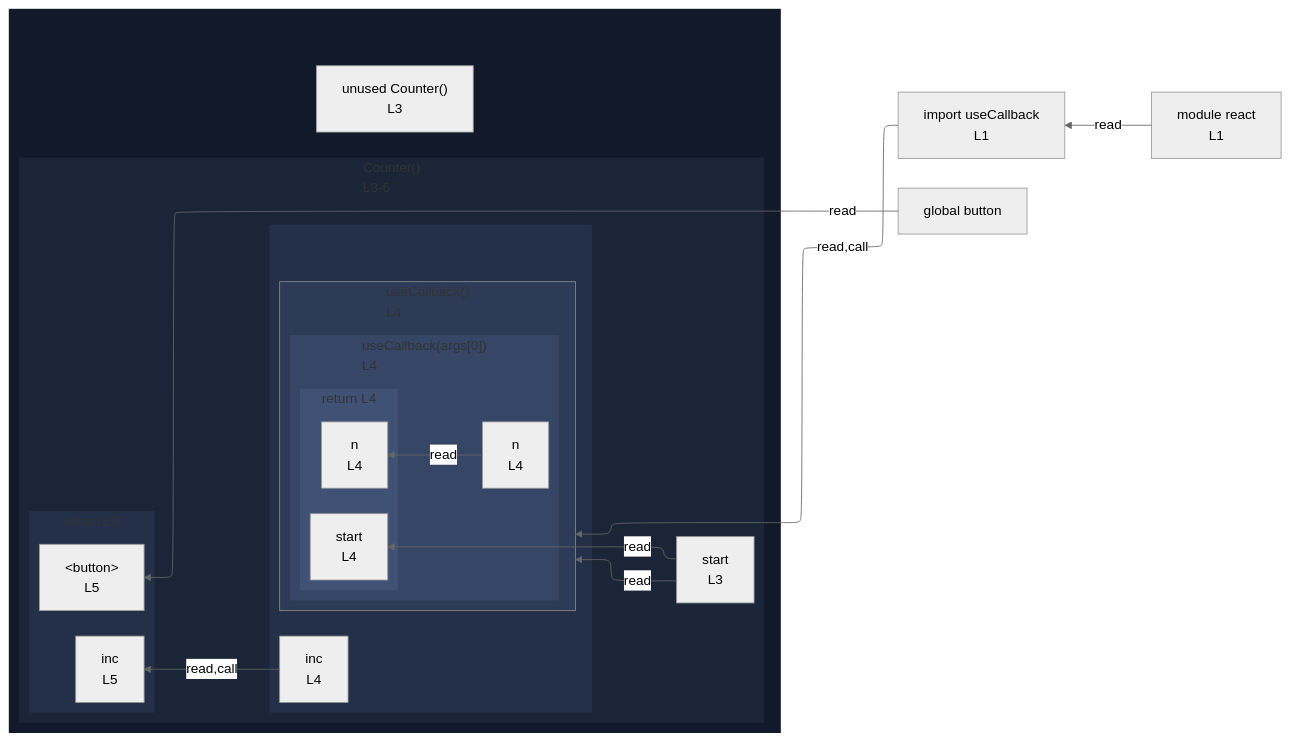
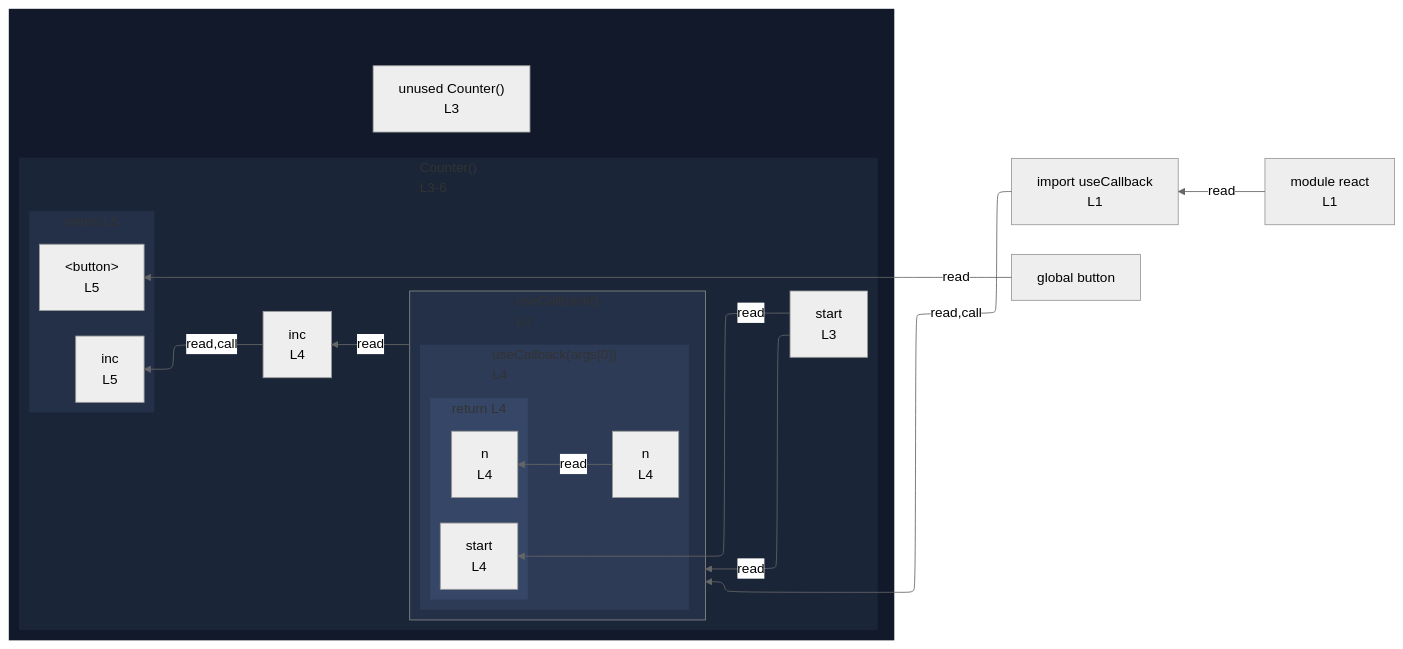
The diagram in integration/fixtures/app-behavior/plugin/react/use-callback/preview.md (crescware/unsnarl), drawn with Mermaid (neutral theme) before and after one commit. The commit also changed 105 other files, not shown here.

````diff
--- a/integration/fixtures/app-behavior/plugin/react/use-callback/preview.md
+++ b/integration/fixtures/app-behavior/plugin/react/use-callback/preview.md
@@ -16,58 +16,54 @@
 ```mermaid
 %%{init: {"flowchart": {"defaultRenderer": "elk"}}}%%
 flowchart RL
   n_scope_0_useCallback_9["import useCallback<br/>L1"]
   n_scope_0_button_162["global button"]
   subgraph wrap_s_scope_1[" "]
     direction TB
     n_scope_0_Counter_44["unused Counter()<br/>L3"]
     subgraph s_scope_1["Counter()<br/>L3-6"]
       direction RL
       n_scope_1_start_57["start<br/>L3"]
-      subgraph wrap_call_proxy_104[" "]
-        direction TB
-        n_scope_1_inc_98["inc<br/>L4"]
-        subgraph call_proxy_104["useCallback()<br/>L4"]
+      n_scope_1_inc_98["inc<br/>L4"]
+      subgraph call_proxy_104["useCallback()<br/>L4"]
+        direction RL
+        subgraph s_scope_2["useCallback(args[0])<br/>L4"]
           direction RL
-          subgraph s_scope_2["useCallback(args[0])<br/>L4"]
+          n_scope_2_n_117["n<br/>L4"]
+          subgraph s_return_scope_0_Counter_44_131_140["return L4"]
             direction RL
-            n_scope_2_n_117["n<br/>L4"]
-            subgraph s_return_scope_0_Counter_44_131_140["return L4"]
-              direction RL
-              ret_use_ref_3["n<br/>L4"]
-              ret_use_ref_4["start<br/>L4"]
-            end
+            ret_use_ref_3["n<br/>L4"]
+            ret_use_ref_4["start<br/>L4"]
           end
         end
       end
       subgraph s_return_scope_0_Counter_44_154_187["return L5"]
         direction RL
         ret_use_ref_6["&lt;button&gt;<br/>L5"]
         ret_use_ref_7["inc<br/>L5"]
       end
     end
   end
+  call_proxy_104 -->|read| n_scope_1_inc_98
   n_scope_0_useCallback_9 -->|read,call| call_proxy_104
   n_scope_2_n_117 -->|read| ret_use_ref_3
   n_scope_1_start_57 -->|read| ret_use_ref_4
   n_scope_1_start_57 -->|read| call_proxy_104
   n_scope_0_button_162 -->|read| ret_use_ref_6
   n_scope_1_inc_98 -->|read,call| ret_use_ref_7
   mod_react["module react<br/>L1"]
   mod_react -->|read| n_scope_0_useCallback_9
   classDef nestL1 fill:#11192a,stroke:transparent;
   class wrap_s_scope_1 nestL1;
   classDef nestL2 fill:#1a2538,stroke:transparent;
   class s_scope_1 nestL2;
   classDef nestL3 fill:#243047,stroke:transparent;
-  class wrap_call_proxy_104 nestL3;
+  class call_proxy_104 nestL3;
   class s_return_scope_0_Counter_44_154_187 nestL3;
   classDef nestL4 fill:#2d3b57,stroke:transparent;
-  class call_proxy_104 nestL4;
+  class s_scope_2 nestL4;
   classDef nestL5 fill:#364666,stroke:transparent;
-  class s_scope_2 nestL5;
-  classDef nestL6 fill:#3f5175,stroke:transparent;
-  class s_return_scope_0_Counter_44_131_140 nestL6;
+  class s_return_scope_0_Counter_44_131_140 nestL5;
   classDef edgeTargetSubgraph stroke:#888;
   class call_proxy_104 edgeTargetSubgraph;
 ```
````
